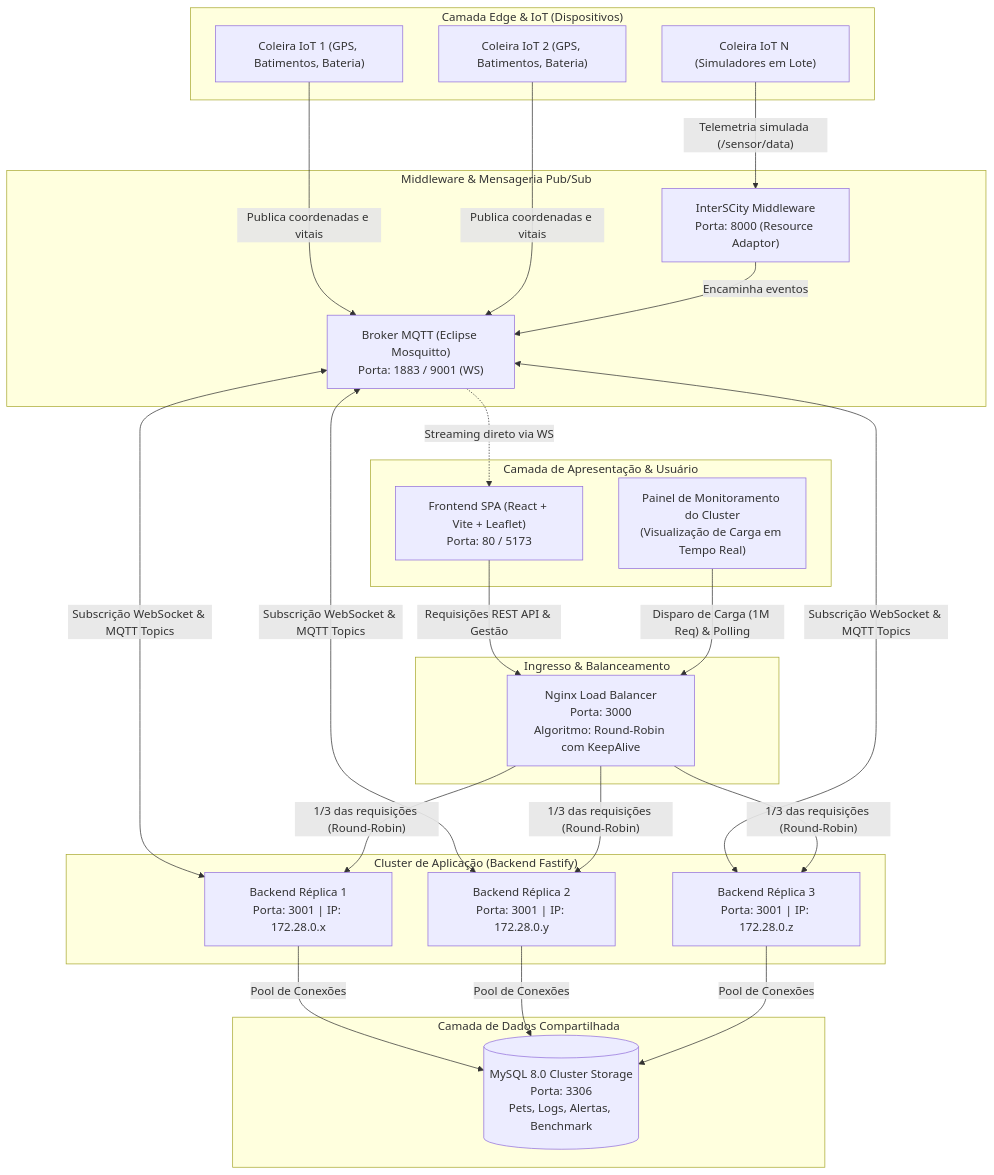
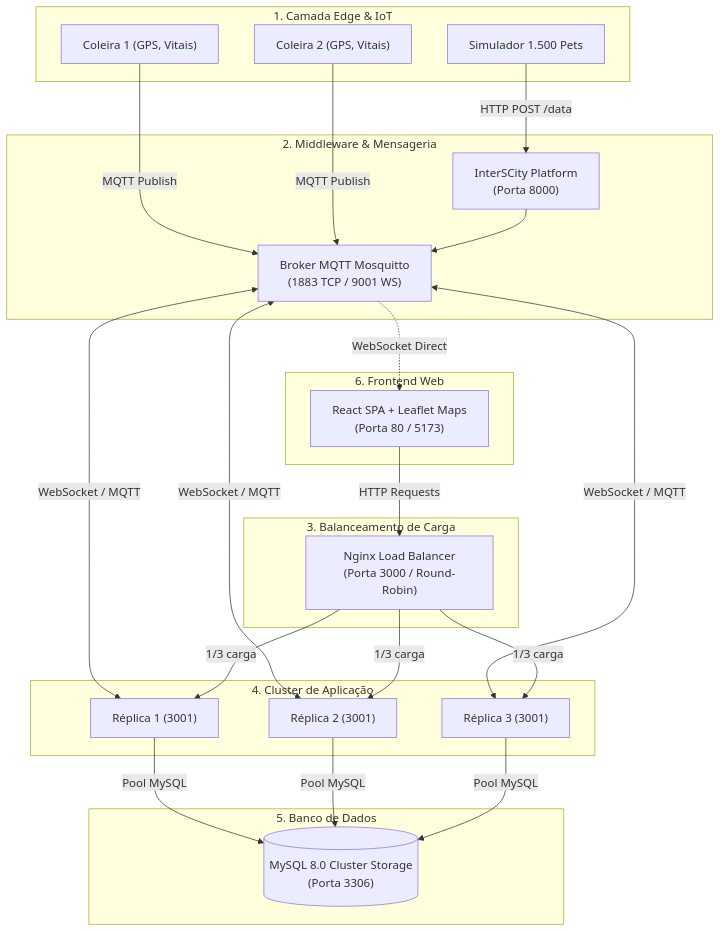
Before and after one commit to Kauane03/Distribuidos: the fifth of 6 diagrams in FLUXOGRAMA.md, drawn with Mermaid. The commit also changed other lines of this file, not shown here.

Commit message:
docs: implementa diagramas de atividade com sintaxe PlantUML beta em FLUXOGRAMA.md

````diff
--- a/FLUXOGRAMA.md
+++ b/FLUXOGRAMA.md
@@ -29,58 +266,45 @@
 ```mermaid
 flowchart TD
-    subgraph EDGE["Camada Edge & IoT (Dispositivos)"]
-        D1["Coleira IoT 1 (GPS, Batimentos, Bateria)"]
-        D2["Coleira IoT 2 (GPS, Batimentos, Bateria)"]
-        DN["Coleira IoT N (Simuladores em Lote)"]
+    subgraph EDGE["1. Camada Edge & IoT"]
+        D1["Coleira 1 (GPS, Vitais)"]
+        D2["Coleira 2 (GPS, Vitais)"]
+        DN["Simulador 1.500 Pets"]
     end
 
-    subgraph BROKER["Middleware & Mensageria Pub/Sub"]
-        MQTT["Broker MQTT (Eclipse Mosquitto)<br/>Porta: 1883 / 9001 (WS)"]
-        INTER["InterSCity Middleware<br/>Porta: 8000 (Resource Adaptor)"]
+    subgraph BROKER["2. Middleware & Mensageria"]
+        MQTT["Broker MQTT Mosquitto<br/>(1883 TCP / 9001 WS)"]
+        INTER["InterSCity Platform<br/>(Porta 8000)"]
     end
 
-    subgraph LOADBALANCER["Ingresso & Balanceamento"]
-        NGINX["Nginx Load Balancer<br/>Porta: 3000<br/>Algoritmo: Round-Robin com KeepAlive"]
+    subgraph INGRESS["3. Balanceamento de Carga"]
+        NGINX["Nginx Load Balancer<br/>(Porta 3000 / Round-Robin)"]
     end
 
-    subgraph CLUSTER["Cluster de Aplicação (Backend Fastify)"]
-        B1["Backend Réplica 1<br/>Porta: 3001 | IP: 172.28.0.x"]
-        B2["Backend Réplica 2<br/>Porta: 3001 | IP: 172.28.0.y"]
-        B3["Backend Réplica 3<br/>Porta: 3001 | IP: 172.28.0.z"]
+    subgraph CLUSTER["4. Cluster de Aplicação"]
+        B1["Réplica 1 (3001)"]
+        B2["Réplica 2 (3001)"]
+        B3["Réplica 3 (3001)"]
     end
 
-    subgraph STORAGE["Camada de Dados Compartilhada"]
-        MYSQL[("MySQL 8.0 Cluster Storage<br/>Porta: 3306<br/>Pets, Logs, Alertas, Benchmark")]
+    subgraph STORAGE["5. Banco de Dados"]
+        MYSQL[("MySQL 8.0 Cluster Storage<br/>(Porta 3306)")]
     end
 
-    subgraph CLIENTS["Camada de Apresentação & Usuário"]
-        SPA["Frontend SPA (React + Vite + Leaflet)<br/>Porta: 80 / 5173"]
-        ADM["Painel de Monitoramento do Cluster<br/>(Visualização de Carga em Tempo Real)"]
+    subgraph PRESENTATION["6. Frontend Web"]
+        REACT["React SPA + Leaflet Maps<br/>(Porta 80 / 5173)"]
     end
 
-    %% Relações Edge
-    D1 -->|"Publica coordenadas e vitais"| MQTT
-    D2 -->|"Publica coordenadas e vitais"| MQTT
-    DN -->|"Telemetria simulada (/sensor/data)"| INTER
-    INTER -->|"Encaminha eventos"| MQTT
+    D1 & D2 -->|"MQTT Publish"| MQTT
+    DN -->|"HTTP POST /data"| INTER
+    INTER --> MQTT
 
-    %% Relações MQTT -> Cluster
-    MQTT <-->|"Subscrição WebSocket & MQTT Topics"| B1
-    MQTT <-->|"Subscrição WebSocket & MQTT Topics"| B2
-    MQTT <-->|"Subscrição WebSocket & MQTT Topics"| B3
-    MQTT -.->|"Streaming direto via WS"| SPA
+    MQTT <-->|"WebSocket / MQTT"| B1 & B2 & B3
+    MQTT -.->|"WebSocket Direct"| REACT
 
-    %% Relações HTTP Clients -> Load Balancer
-    SPA -->|"Requisições REST API & Gestão"| NGINX
-    ADM -->|"Disparo de Carga (1M Req) & Polling"| NGINX
+    REACT -->|"HTTP Requests"| NGINX
+    NGINX -->|"1/3 carga"| B1
+    NGINX -->|"1/3 carga"| B2
+    NGINX -->|"1/3 carga"| B3
 
-    %% Relações Load Balancer -> Cluster
-    NGINX -->|"1/3 das requisições (Round-Robin)"| B1
-    NGINX -->|"1/3 das requisições (Round-Robin)"| B2
-    NGINX -->|"1/3 das requisições (Round-Robin)"| B3
-
-    %% Relações Cluster -> Storage
-    B1 -->|"Pool de Conexões"| MYSQL
-    B2 -->|"Pool de Conexões"| MYSQL
-    B3 -->|"Pool de Conexões"| MYSQL
+    B1 & B2 & B3 -->|"Pool MySQL"| MYSQL
 ```
````
